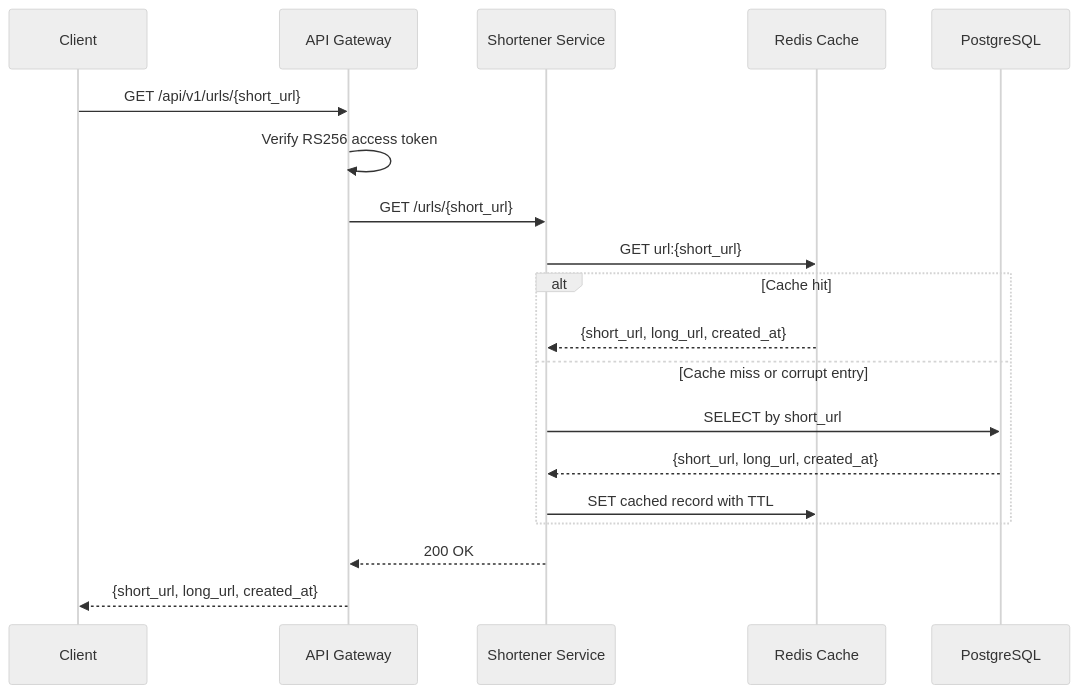
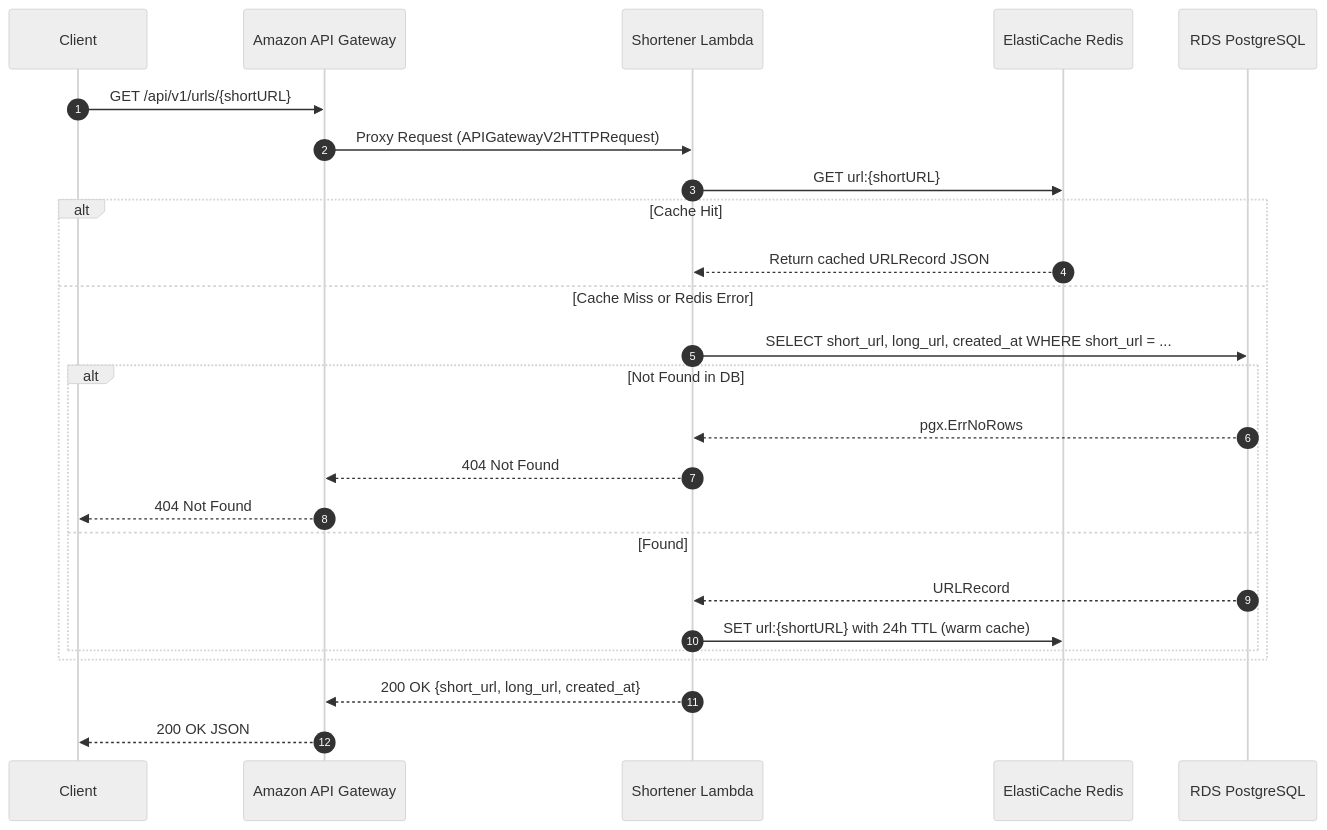
One commit to boycececil666gmailcom/Microservice-Auth-Platform changed the first of 2 diagrams in design/shortener/03-read-path-api.md. Above: the diagram before and after it, drawn with Mermaid (neutral theme). The commit also changed other lines of this file and 4 other files, not shown here.

````diff
--- a/design/shortener/03-read-path-api.md
+++ b/design/shortener/03-read-path-api.md
@@ -3,22 +7,28 @@
 ```mermaid
 sequenceDiagram
+    autonumber
     participant C as Client
-    participant G as API Gateway
-    participant S as Shortener Service
-    participant R as Redis Cache
-    participant DB as PostgreSQL
+    participant G as Amazon API Gateway
+    participant S as Shortener Lambda
+    participant R as ElastiCache Redis
+    participant DB as RDS PostgreSQL
 
-    C ->> G: GET /api/v1/urls/{short_url}
-    G ->> G: Verify RS256 access token
-    G ->> S: GET /urls/{short_url}
-    S ->> R: GET url:{short_url}
-    alt Cache hit
-        R -->> S: {short_url, long_url, created_at}
-    else Cache miss or corrupt entry
-        S ->> DB: SELECT by short_url
-        DB -->> S: {short_url, long_url, created_at}
-        S ->> R: SET cached record with TTL
+    C->>G: GET /api/v1/urls/{shortURL}
+    G->>S: Proxy Request (APIGatewayV2HTTPRequest)
+    S->>R: GET url:{shortURL}
+    alt Cache Hit
+        R-->>S: Return cached URLRecord JSON
+    else Cache Miss or Redis Error
+        S->>DB: SELECT short_url, long_url, created_at WHERE short_url = ...
+        alt Not Found in DB
+            DB-->>S: pgx.ErrNoRows
+            S-->>G: 404 Not Found
+            G-->>C: 404 Not Found
+        else Found
+            DB-->>S: URLRecord
+            S->>R: SET url:{shortURL} with 24h TTL (warm cache)
+        end
     end
-    S -->> G: 200 OK
-    G -->> C: {short_url, long_url, created_at}
+    S-->>G: 200 OK {short_url, long_url, created_at}
+    G-->>C: 200 OK JSON
 ```
````
